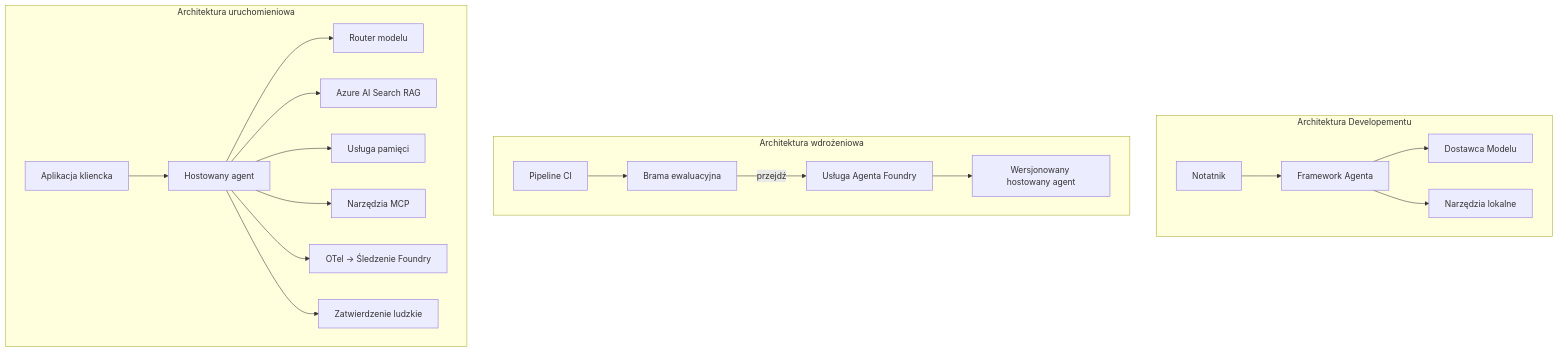
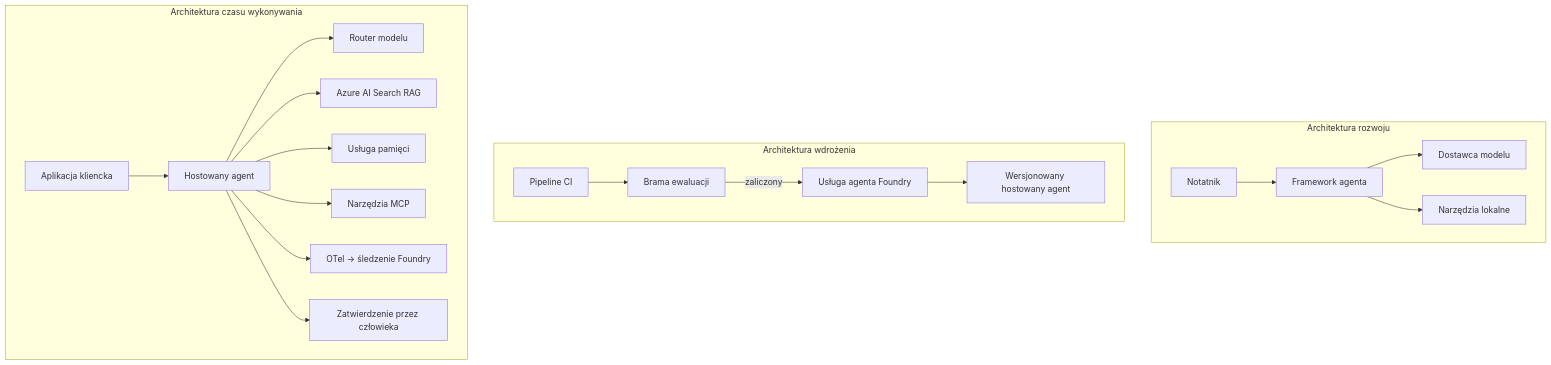
Before and after one commit to gabrielmoreira/agent-skills-mirror: the fourth of 4 diagrams in mirrors/repos/microsoft@ai-agents-for-beginners/translations/pl/16-deploying-scalable-agents/README.md, drawn with Mermaid. The commit also changed other lines of this file and 3581 other files, not shown here.

````diff
--- a/mirrors/repos/microsoft@ai-agents-for-beginners/translations/pl/16-deploying-scalable-agents/README.md
+++ b/mirrors/repos/microsoft@ai-agents-for-beginners/translations/pl/16-deploying-scalable-agents/README.md
@@ -185,22 +185,22 @@
 ```mermaid
 flowchart TB
-    subgraph Dev[Architektura Developementu]
-        D1[Notatnik] --> D2[Framework Agenta]
-        D2 --> D3[Dostawca Modelu]
+    subgraph Dev[Architektura rozwoju]
+        D1[Notatnik] --> D2[Framework agenta]
+        D2 --> D3[Dostawca modelu]
         D2 --> D4[Narzędzia lokalne]
     end
-    subgraph Deploy[Architektura wdrożeniowa]
-        E1[Pipeline CI] --> E2[Brama ewaluacyjna]
-        E2 -->|przejdź| E3[Usługa Agenta Foundry]
+    subgraph Deploy[Architektura wdrożenia]
+        E1[Pipeline CI] --> E2[Brama ewaluacji]
+        E2 -->|zaliczony| E3[Usługa agenta Foundry]
         E3 --> E4[Wersjonowany hostowany agent]
     end
-    subgraph Run[Architektura uruchomieniowa]
+    subgraph Run[Architektura czasu wykonywania]
         F1[Aplikacja kliencka] --> F2[Hostowany agent]
         F2 --> F3[Router modelu]
         F2 --> F4[Azure AI Search RAG]
         F2 --> F5[Usługa pamięci]
         F2 --> F6[Narzędzia MCP]
-        F2 --> F7[OTel -> Śledzenie Foundry]
-        F2 --> F8[Zatwierdzenie ludzkie]
+        F2 --> F7[OTel -> śledzenie Foundry]
+        F2 --> F8[Zatwierdzenie przez człowieka]
     end
 ```
````
